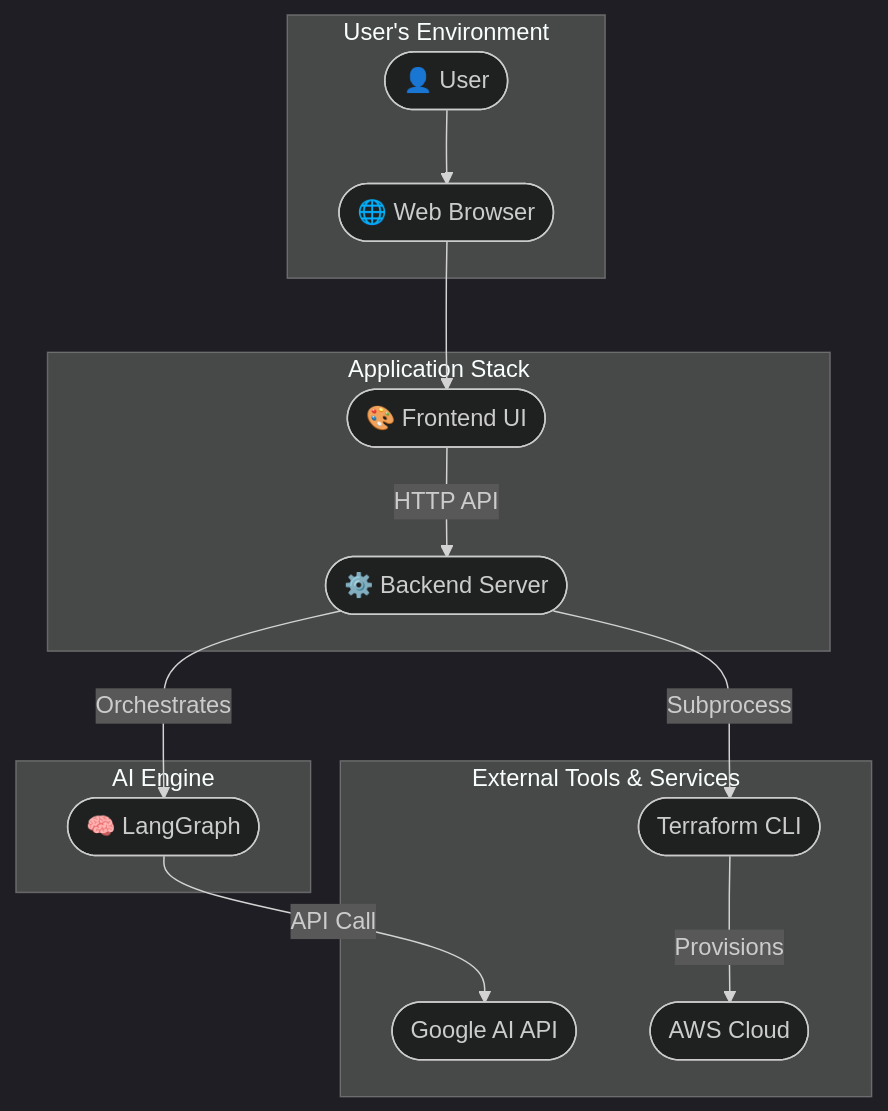
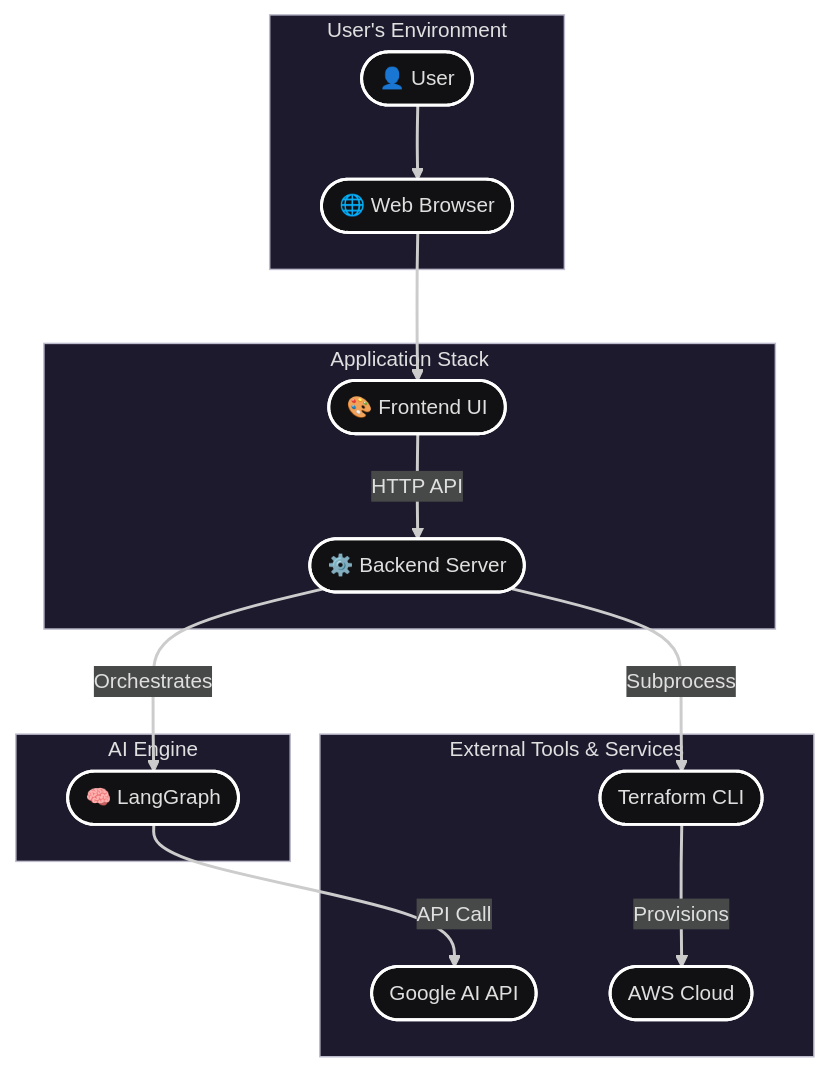
One commit to UnityNimit/TerraFormancer changed the first of 4 diagrams in README.md. Above: the diagram before and after it, drawn with Mermaid. The commit also changed other lines of this file, not shown here.

````diff
--- a/README.md
+++ b/README.md
@@ -155,30 +150,31 @@
-      ```mermaid
-      ---
-      config:
-        theme: dark
-      ---
-      flowchart TD
-        subgraph User_Environment["User's Environment"]
-          User(["👤 User"])
-          Browser(["🌐 Web Browser"])
-        end
-        subgraph App_Stack["Application Stack"]
-          Frontend(["🎨 Frontend UI"])
-          Backend(["⚙️ Backend Server"])
-        end
-        subgraph AI_Engine["AI Engine"]
-          LangGraph(["🧠 LangGraph"])
-        end
-        subgraph External["External Tools & Services"]
-          GenAI(["Google AI API"])
-          TerraformCLI(["Terraform CLI"])
-          AWS(["AWS Cloud"])
-        end
-        User --> Browser
-        Browser --> Frontend
-        Frontend -- HTTP API --> Backend
-        Backend -- Orchestrates --> LangGraph
-        LangGraph -- API Call --> GenAI
-        Backend -- Subprocess --> TerraformCLI
-        TerraformCLI -- Provisions --> AWS
-      ```
+```mermaid
+---
+config:
+  theme: redux-dark
+  look: classic
+---
+flowchart TD
+ subgraph User_Environment["User's Environment"]
+    User(["👤 User"])
+    Browser(["🌐 Web Browser"])
+  end
+ subgraph App_Stack["Application Stack"]
+    Frontend(["🎨 Frontend UI"])
+    Backend(["⚙️ Backend Server"])
+  end
+ subgraph AI_Engine["AI Engine"]
+    LangGraph(["🧠 LangGraph"])
+  end
+ subgraph External["External Tools & Services"]
+    GenAI(["Google AI API"])
+    TerraformCLI(["Terraform CLI"])
+    AWS(["AWS Cloud"])
+  end
+    User --> Browser
+    Browser --> Frontend
+    Frontend -- HTTP API --> Backend
+    Backend -- Orchestrates --> LangGraph
+    LangGraph -- API Call --> GenAI
+    Backend -- Subprocess --> TerraformCLI
+    TerraformCLI -- Provisions --> AWS
+```
````
